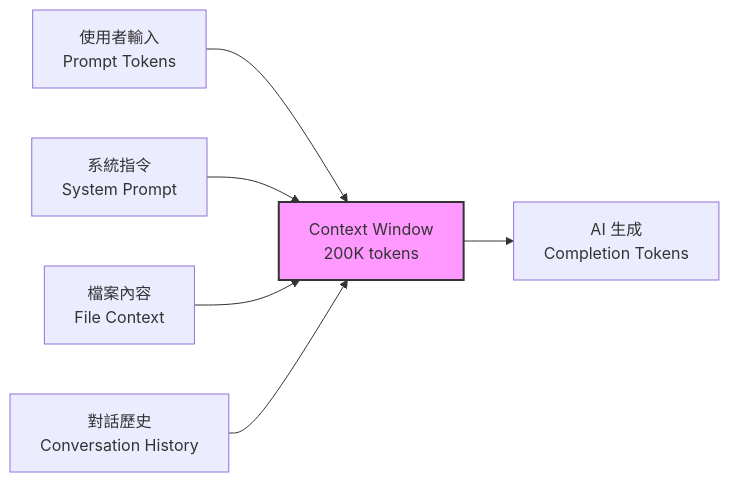
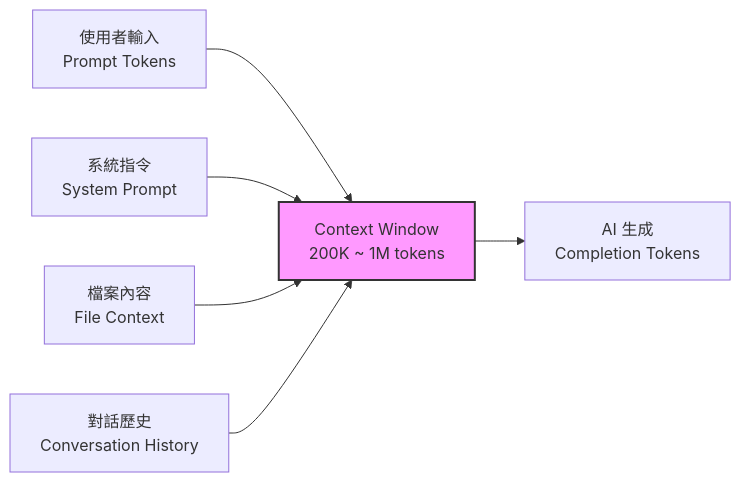
Before and after one commit to chihhung/Blog: the second of 17 diagrams in content/posts/教學/AI開發/AI如何減少token使用教學手冊.md, drawn with Mermaid. The commit also changed other lines of this file and 1 other file, not shown here.

````diff
--- a/content/posts/教學/AI開發/AI如何減少token使用教學手冊.md
+++ b/content/posts/教學/AI開發/AI如何減少token使用教學手冊.md
@@ -190,10 +257,10 @@
 ```mermaid
 graph LR
-    A[使用者輸入<br/>Prompt Tokens] --> B[Context Window<br/>200K tokens]
+    A[使用者輸入<br/>Prompt Tokens] --> B[Context Window<br/>200K ~ 1M tokens]
     C[系統指令<br/>System Prompt] --> B
     D[檔案內容<br/>File Context] --> B
     E[對話歷史<br/>Conversation History] --> B
     B --> F[AI 生成<br/>Completion Tokens]
     
     style B fill:#f9f,stroke:#333,stroke-width:2px
 ```
````
